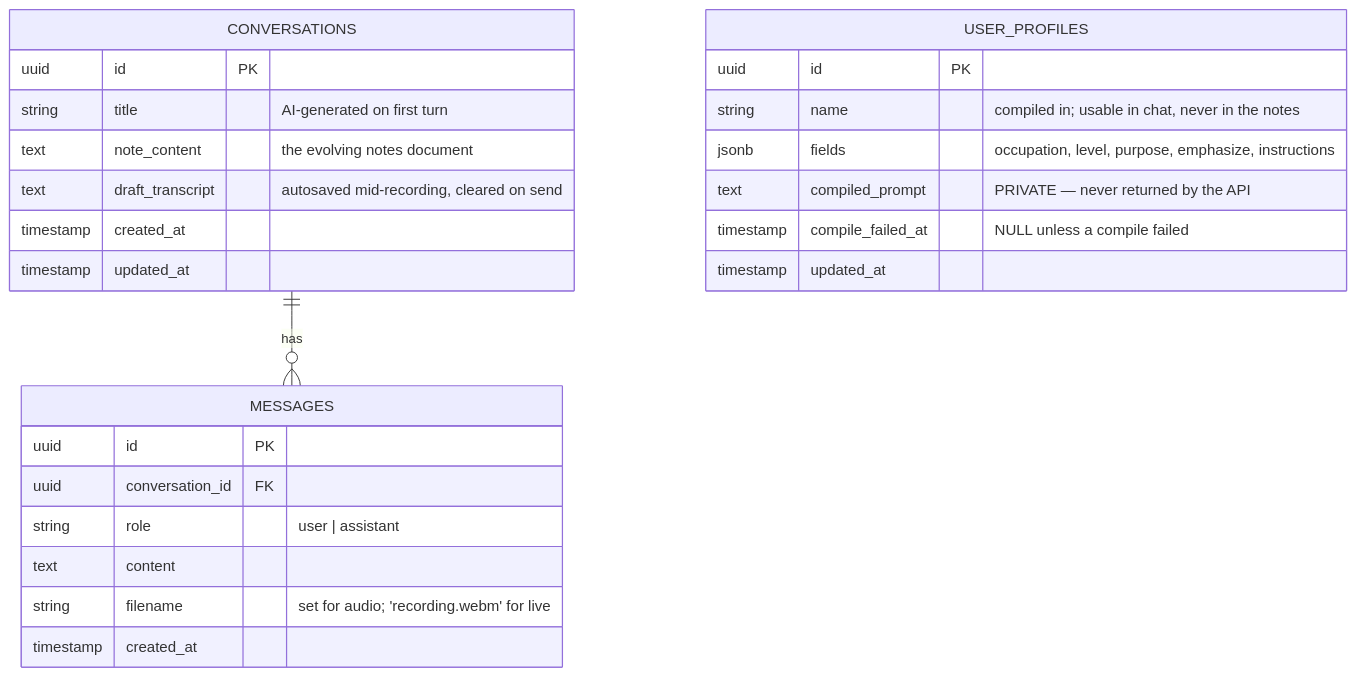
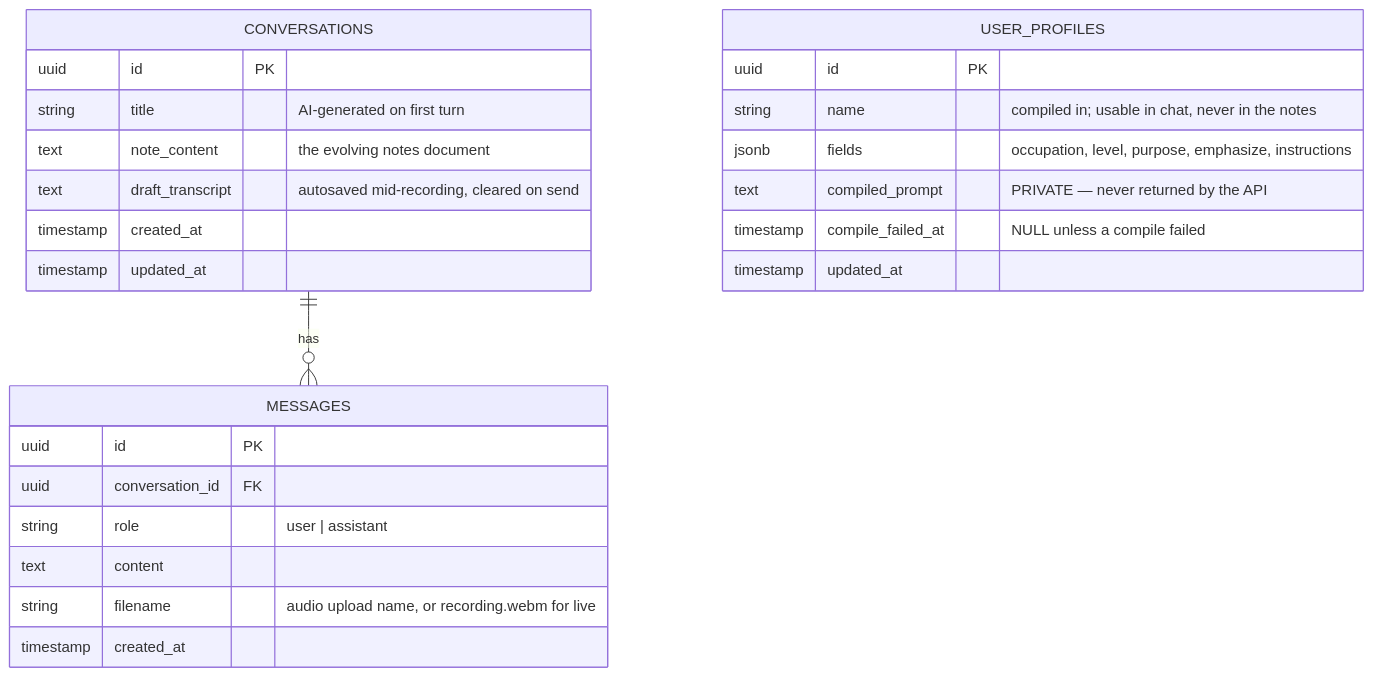
One commit to karlwehbe/AI-Note-taker changed the second of 12 diagrams in FLOW.md. Above: the diagram before and after it, drawn with Mermaid. The commit also changed other lines of this file and 6 other files, not shown here.

Commit message:
Send live recordings as transcript only; keep audio blob for file uploads

````diff
--- a/FLOW.md
+++ b/FLOW.md
@@ -67,28 +65,28 @@
 ```mermaid
 erDiagram
   CONVERSATIONS ||--o{ MESSAGES : has
   CONVERSATIONS {
     uuid id PK
     string title "AI-generated on first turn"
     text note_content "the evolving notes document"
     text draft_transcript "autosaved mid-recording, cleared on send"
     timestamp created_at
     timestamp updated_at
   }
   MESSAGES {
     uuid id PK
     uuid conversation_id FK
     string role "user | assistant"
     text content
-    string filename "set for audio; 'recording.webm' for live"
+    string filename "audio upload name, or recording.webm for live"
     timestamp created_at
   }
   USER_PROFILES {
     uuid id PK
     string name "compiled in; usable in chat, never in the notes"
     jsonb fields "occupation, level, purpose, emphasize, instructions"
     text compiled_prompt "PRIVATE — never returned by the API"
     timestamp compile_failed_at "NULL unless a compile failed"
     timestamp updated_at
   }
 ```
````
